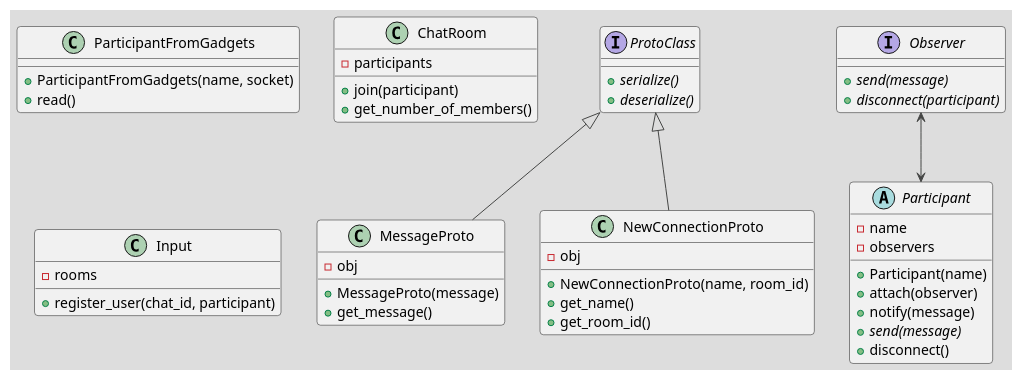
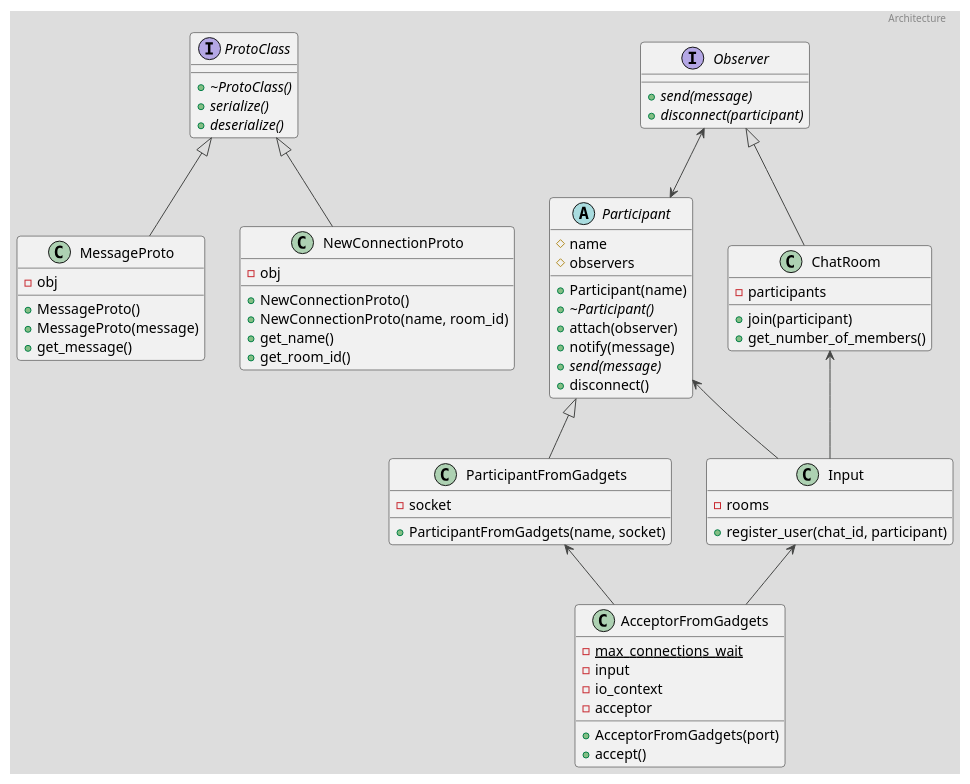
Before and after one commit to Foxyman-sama/Speaky: the diagram in class_diagram.puml, drawn with PlantUML. The commit also changed 2 other files, not shown here.

Commit message:
fix(acceptor_from_gadgets): start from beginning

```diff
--- a/class_diagram.puml
+++ b/class_diagram.puml
@@ -1,64 +1,90 @@
 @startuml class_diagram
+
+header Architecture
 
 !theme toy
 
 ProtoClass <|-- MessageProto
 ProtoClass <|-- NewConnectionProto
 
 Observer <--> Participant
 
+Participant <|-- ParticipantFromGadgets
+
+Observer <|-- ChatRoom
+
+ChatRoom <-- Input
+Participant <-- Input
+Input <-- AcceptorFromGadgets 
+ParticipantFromGadgets <-- AcceptorFromGadgets
+
 interface ProtoClass {
+    + {abstract} ~ProtoClass()
     + {abstract} serialize()
     + {abstract} deserialize()
 }
 
 class MessageProto {
+    + MessageProto()
     + MessageProto(message)
     + get_message()
 
     - obj
 }
 
 class NewConnectionProto {
+    + NewConnectionProto()
     + NewConnectionProto(name, room_id)
     + get_name()
     + get_room_id()
 
     - obj
 }
 
 abstract Participant {
     + Participant(name)
+    + {abstract} ~Participant()
     + attach(observer)
     + notify(message)
     + {abstract} send(message)
     + disconnect()
 
-    - name
-    - observers
+    # name
+    # observers
+}
+
+class AcceptorFromGadgets {
+    + AcceptorFromGadgets(port)
+    + accept()
+
+    - {static} max_connections_wait
+    - input
+    - io_context
+    - acceptor
 }
 
 class ParticipantFromGadgets {
     + ParticipantFromGadgets(name, socket)
-    + read()
+
+    - socket
 }
 
 interface Observer {
     + {abstract} send(message)
     + {abstract} disconnect(participant)
 }
 
 class ChatRoom {
     + join(participant)
     + get_number_of_members()
 
     - participants
 }
 
 class Input {
     + register_user(chat_id, participant)
 
     - rooms
 }
 
 @enduml
```
